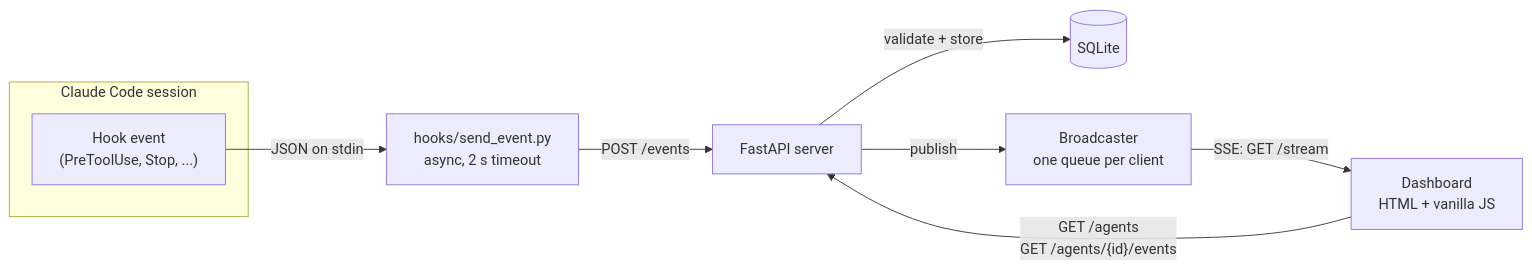
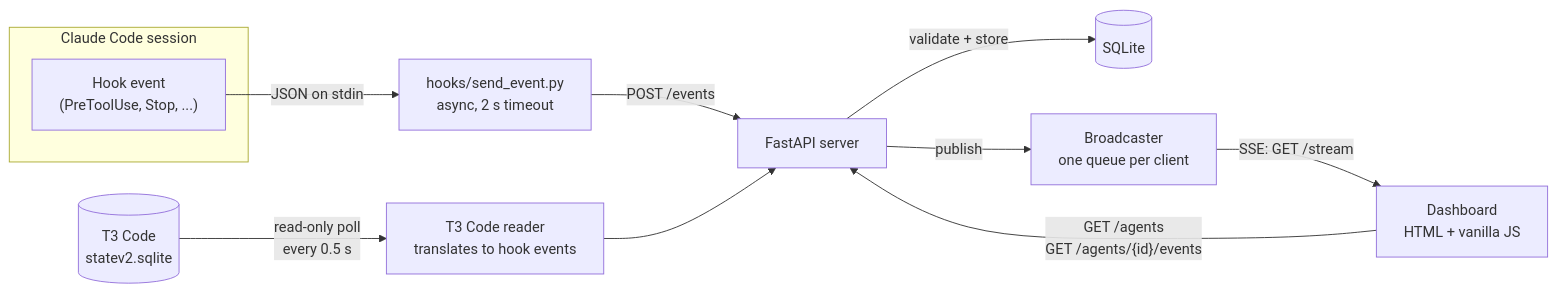
Before and after one commit to HugoPello/agent-monitor: the diagram in README.md, drawn with Mermaid. The commit also changed other lines of this file, not shown here.

Commit message:
docs: cover the tray, folded history, T3 Code source and subagent rules in the README

````diff
--- a/README.md
+++ b/README.md
@@ -51,12 +60,14 @@
 ```mermaid
 flowchart LR
     subgraph CC["Claude Code session"]
         H["Hook event<br/>(PreToolUse, Stop, ...)"]
     end
     H -- "JSON on stdin" --> S["hooks/send_event.py<br/>async, 2 s timeout"]
     S -- "POST /events" --> API["FastAPI server"]
+    T3[("T3 Code<br/>statev2.sqlite")] -- "read-only poll<br/>every 0.5 s" --> R["T3 Code reader<br/>translates to hook events"]
+    R --> API
     API -- "validate + store" --> DB[("SQLite")]
     API -- "publish" --> B["Broadcaster<br/>one queue per client"]
     B -- "SSE: GET /stream" --> UI["Dashboard<br/>HTML + vanilla JS"]
     UI -- "GET /agents<br/>GET /agents/{id}/events" --> API
 ```
````
